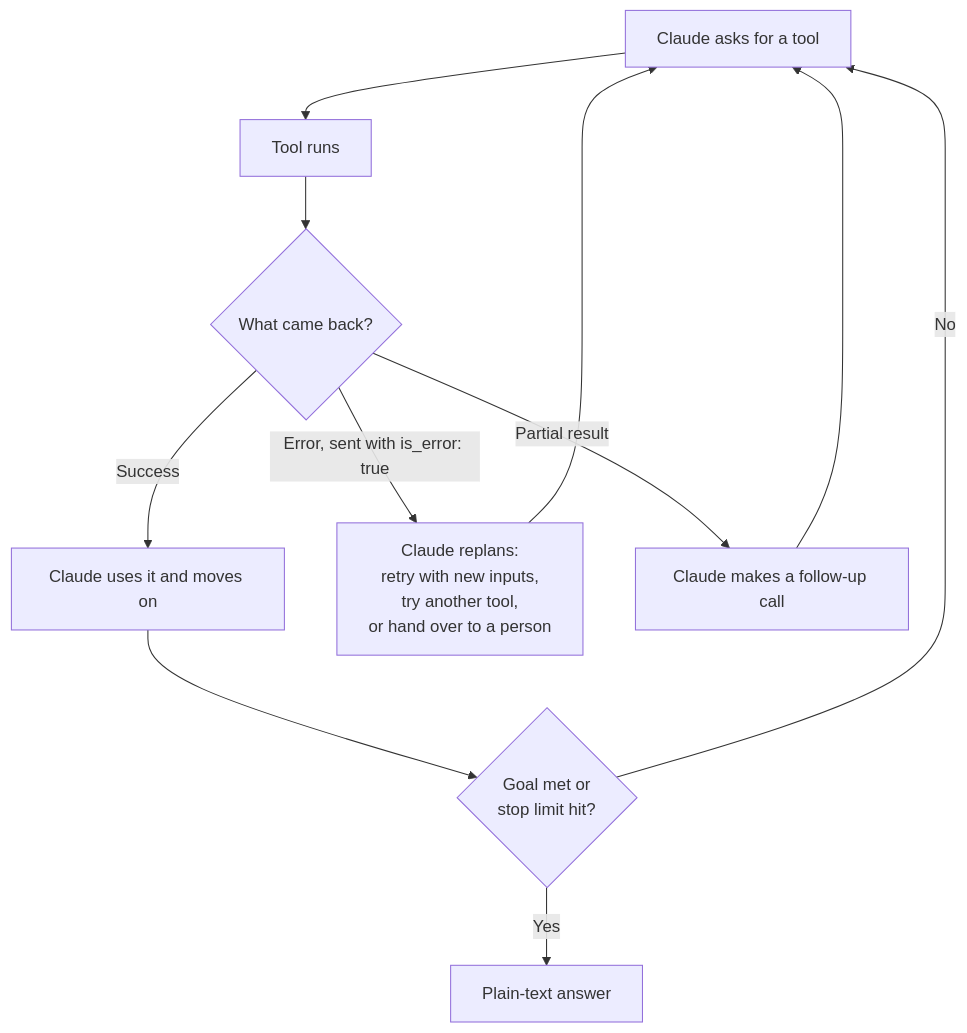
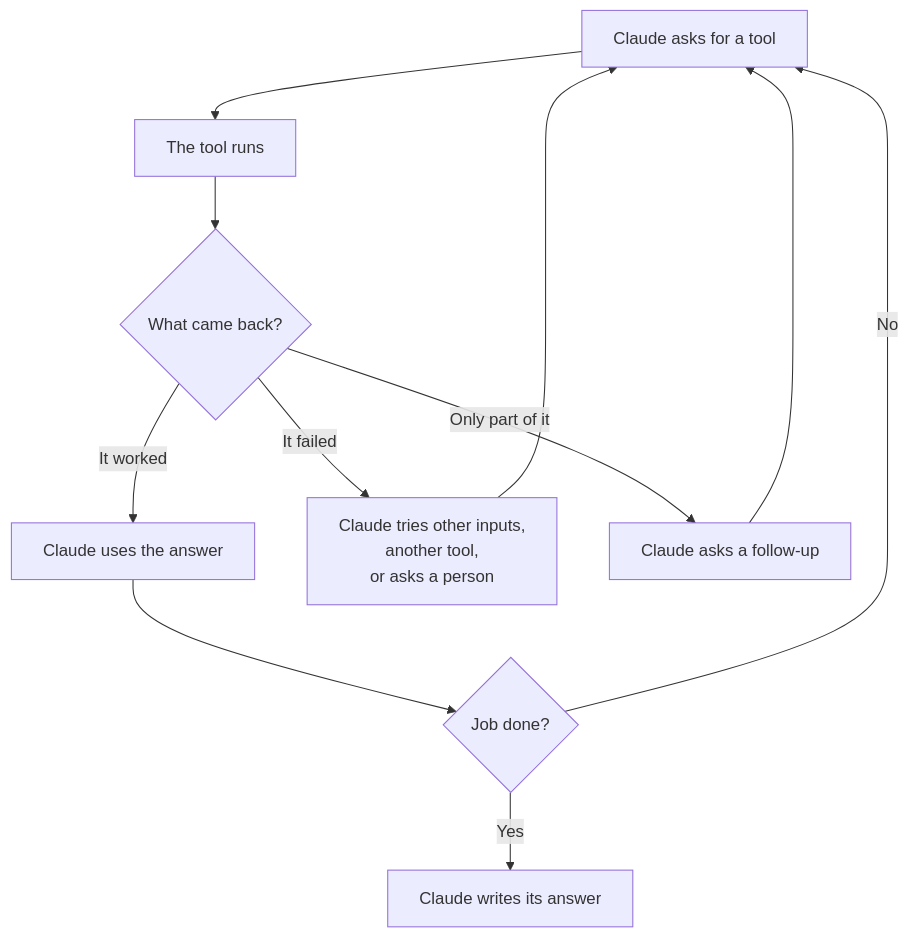
Before and after one commit to nirajp82/ClaudeArchitectStudyGuide: the diagram in 03_CCARFExamPrep/02-agentic-architecture-foundations/04-tool-use-foundation-of-agency.md, drawn with Mermaid. The commit also changed other lines of this file and 4 other files, not shown here.

````diff
--- a/03_CCARFExamPrep/02-agentic-architecture-foundations/04-tool-use-foundation-of-agency.md
+++ b/03_CCARFExamPrep/02-agentic-architecture-foundations/04-tool-use-foundation-of-agency.md
@@ -168,13 +130,13 @@
 ```mermaid
 flowchart TD
-    A["Claude asks for a tool"] --> B["Tool runs"]
+    A["Claude asks for a tool"] --> B["The tool runs"]
     B --> C{"What came back?"}
-    C -->|Success| D["Claude uses it and moves on"]
-    C -->|Error, sent with is_error: true| E["Claude replans:<br/>retry with new inputs,<br/>try another tool,<br/>or hand over to a person"]
-    C -->|Partial result| F["Claude makes a follow-up call"]
-    D --> G{"Goal met or<br/>stop limit hit?"}
+    C -->|It worked| D["Claude uses the answer"]
+    C -->|It failed| E["Claude tries other inputs,<br/>another tool,<br/>or asks a person"]
+    C -->|Only part of it| F["Claude asks a follow-up"]
     E --> A
     F --> A
+    D --> G{"Job done?"}
     G -->|No| A
-    G -->|Yes| H["Plain-text answer"]
+    G -->|Yes| H["Claude writes its answer"]
 ```
````
